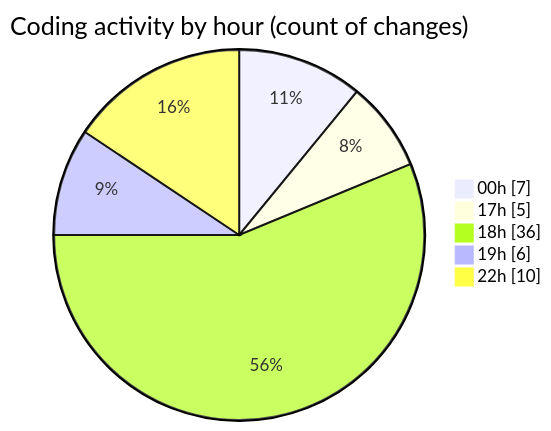
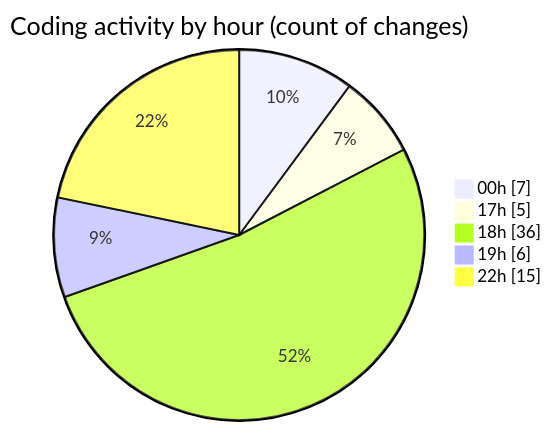
Before and after one commit to Elitesun/code-tracking: the second of 2 diagrams in 2025-05-25/elitesun/README.md, drawn with Mermaid. The commit also changed other lines of this file and 1 other file, not shown here.

````diff
--- a/2025-05-25/elitesun/README.md
+++ b/2025-05-25/elitesun/README.md
@@ -40,9 +42,9 @@
 ```mermaid
 pie showData
 title Coding activity by hour (count of changes)
 "00h" : 7
 "17h" : 5
 "18h" : 36
 "19h" : 6
-"22h" : 10
+"22h" : 15
 ```
````
